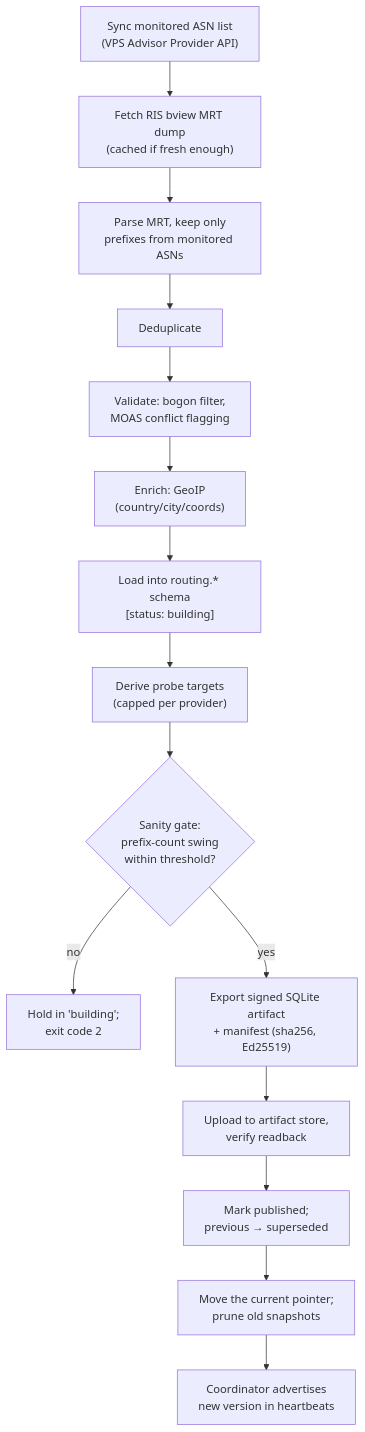
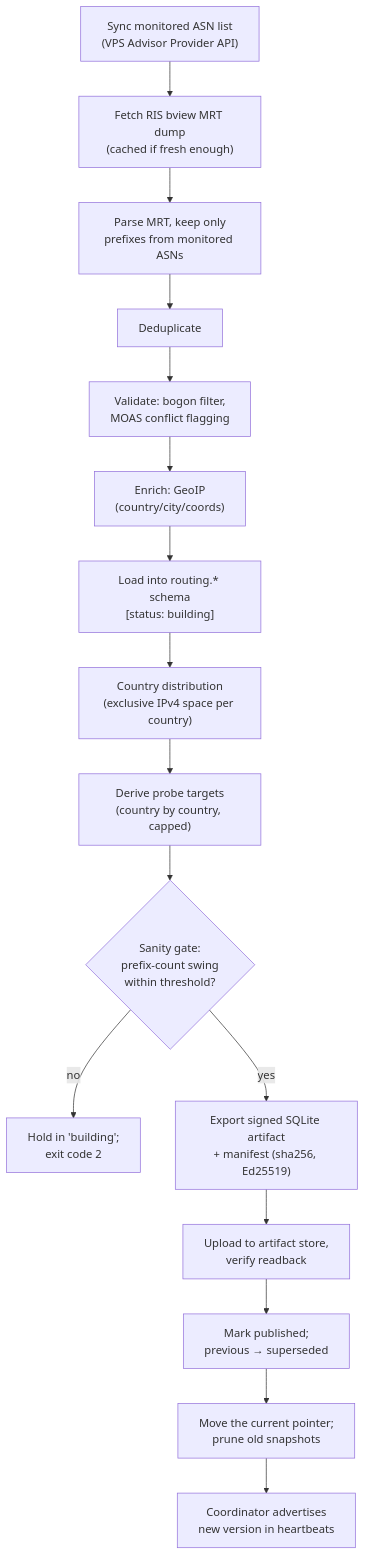
The second of 2 diagrams in docs/builder/README.md (HummingByteDev/vpsa-network-discovery), drawn with Mermaid before and after one commit. The commit also changed other lines of this file and 45 other files, not shown here.

````diff
--- a/docs/builder/README.md
+++ b/docs/builder/README.md
@@ -100,17 +102,18 @@
 ```mermaid
 flowchart TD
   A["Sync monitored ASN list<br/>(VPS Advisor Provider API)"] --> B["Fetch RIS bview MRT dump<br/>(cached if fresh enough)"]
   B --> C["Parse MRT, keep only<br/>prefixes from monitored ASNs"]
   C --> D["Deduplicate"]
   D --> E["Validate: bogon filter,<br/>MOAS conflict flagging"]
   E --> F["Enrich: GeoIP<br/>(country/city/coords)"]
   F --> G["Load into routing.* schema<br/>[status: building]"]
-  G --> H["Derive probe targets<br/>(capped per provider)"]
+  G --> GD["Country distribution<br/>(exclusive IPv4 space per country)"]
+  GD --> H["Derive probe targets<br/>(country by country, capped)"]
   H --> I{"Sanity gate:<br/>prefix-count swing<br/>within threshold?"}
   I -->|no| HOLD["Hold in 'building';<br/>exit code 2"]
   I -->|yes| J["Export signed SQLite artifact<br/>+ manifest (sha256, Ed25519)"]
   J --> K["Upload to artifact store,<br/>verify readback"]
   K --> L["Mark published;<br/>previous → superseded"]
   L --> M["Move the current pointer;<br/>prune old snapshots"]
   M --> N["Coordinator advertises<br/>new version in heartbeats"]
 ```
````
